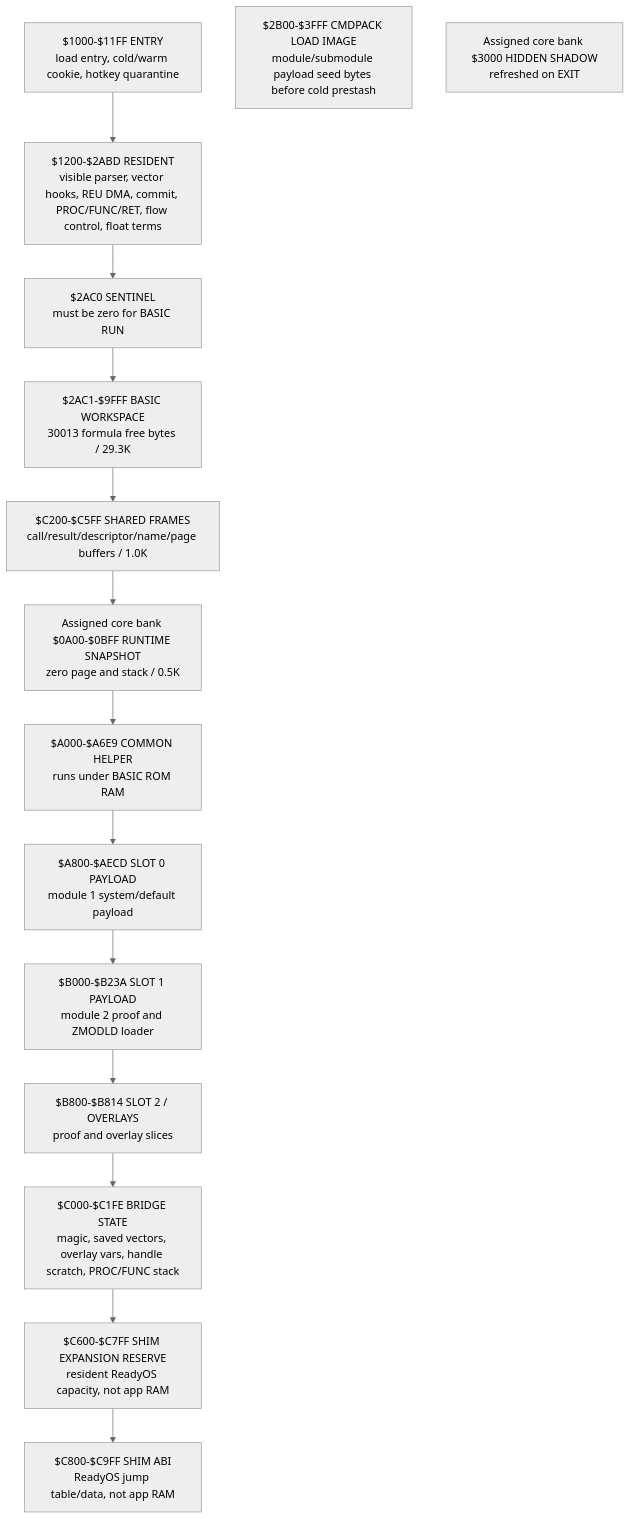
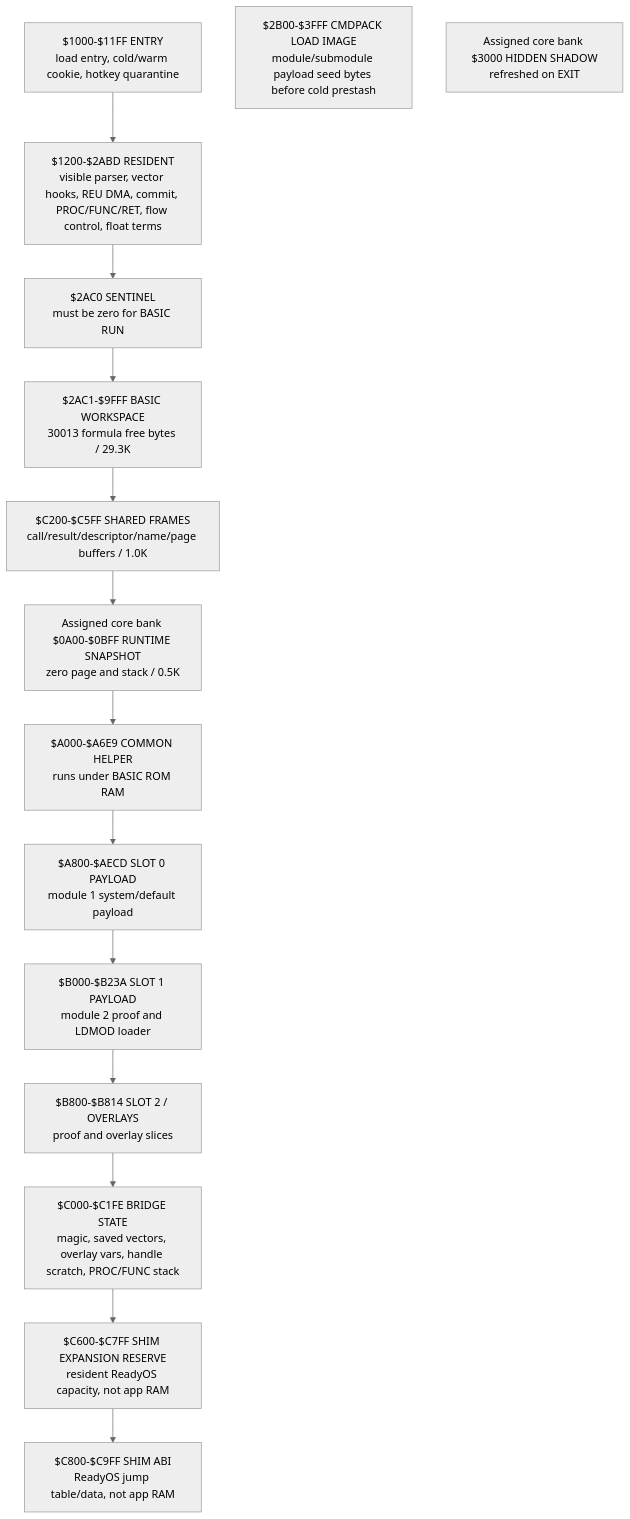
Before and after one commit to ReadyOS-C64/ReadyOs: the first of 7 diagrams in src/apps/readybasic/READYBASIC_LIFECYCLE_AND_REU_ARCHITECTURE.md, drawn with Mermaid (neutral theme). The commit also changed other lines of this file and 40 other files, not shown here.

````diff
--- a/src/apps/readybasic/READYBASIC_LIFECYCLE_AND_REU_ARCHITECTURE.md
+++ b/src/apps/readybasic/READYBASIC_LIFECYCLE_AND_REU_ARCHITECTURE.md
@@ -163,21 +183,21 @@
 ```mermaid
 flowchart TB
   A["$1000-$11FF ENTRY<br/>load entry, cold/warm cookie, hotkey quarantine"]
   B["$1200-$2ABD RESIDENT<br/>visible parser, vector hooks, REU DMA, commit, PROC/FUNC/RET, flow control, float terms"]
   C["$2AC0 SENTINEL<br/>must be zero for BASIC RUN"]
   D["$2AC1-$9FFF BASIC WORKSPACE<br/>30013 formula free bytes / 29.3K"]
   E["$2B00-$3FFF CMDPACK LOAD IMAGE<br/>module/submodule payload seed bytes before cold prestash"]
   F["Assigned core bank $0A00-$0BFF RUNTIME SNAPSHOT<br/>zero page and stack / 0.5K"]
   G["$C200-$C5FF SHARED FRAMES<br/>call/result/descriptor/name/page buffers / 1.0K"]
   I["Assigned core bank $3000 HIDDEN SHADOW<br/>refreshed on EXIT"]
   J["$A000-$A6E9 COMMON HELPER<br/>runs under BASIC ROM RAM"]
   K["$A800-$AECD SLOT 0 PAYLOAD<br/>module 1 system/default payload"]
-  O["$B000-$B23A SLOT 1 PAYLOAD<br/>module 2 proof and ZMODLD loader"]
+  O["$B000-$B23A SLOT 1 PAYLOAD<br/>module 2 proof and LDMOD loader"]
   P["$B800-$B814 SLOT 2 / OVERLAYS<br/>proof and overlay slices"]
   L["$C000-$C1FE BRIDGE STATE<br/>magic, saved vectors, overlay vars, handle scratch, PROC/FUNC stack"]
   M["$C600-$C7FF SHIM EXPANSION RESERVE<br/>resident ReadyOS capacity, not app RAM"]
   N["$C800-$C9FF SHIM ABI<br/>ReadyOS jump table/data, not app RAM"]
 
   A --> B --> C --> D --> G
   G --> F --> J --> K --> O --> P --> L --> M --> N
 ```
````
